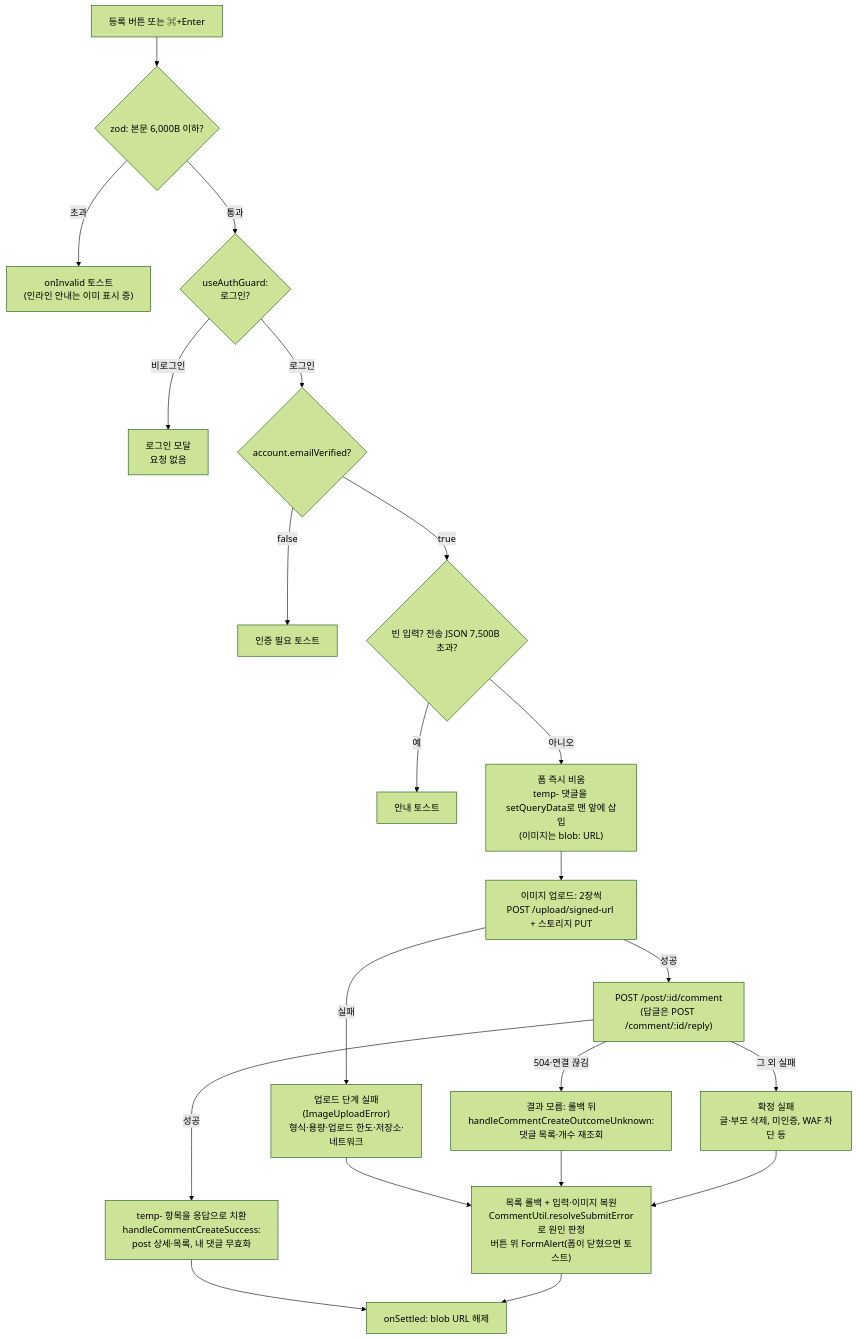
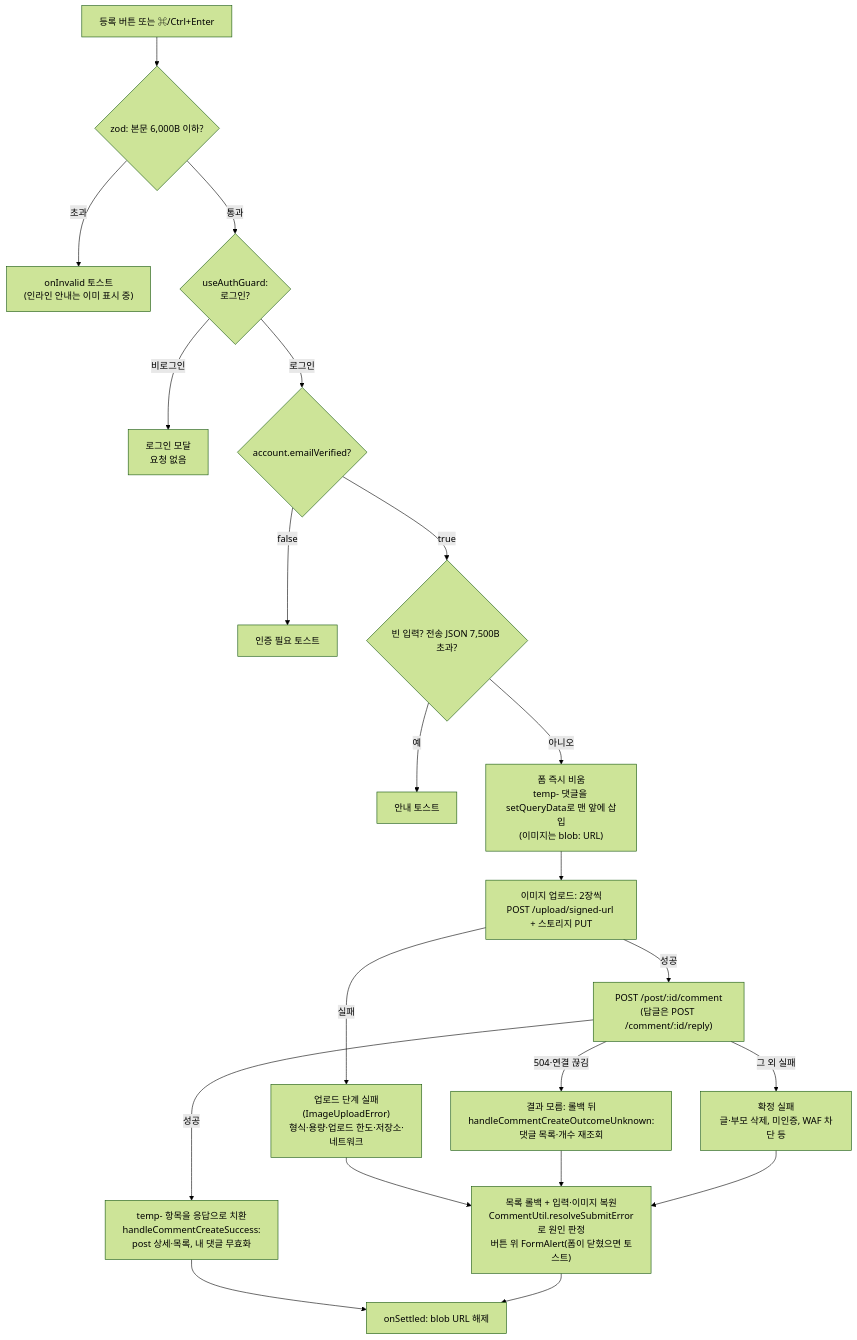
The diagram in docs/COMMENT.md (BAECHAN/link-sphere_FE_NEW), drawn with Mermaid (forest theme) before and after one commit. The commit also changed other lines of this file and 8 other files, not shown here.

````diff
--- a/docs/COMMENT.md
+++ b/docs/COMMENT.md
@@ -33,23 +33,23 @@
 ```mermaid
 flowchart TD
-  Click["등록 버튼 또는 ⌘+Enter"] --> Zod{"zod: 본문 6,000B 이하?"}
+  Click["등록 버튼 또는 ⌘/Ctrl+Enter"] --> Zod{"zod: 본문 6,000B 이하?"}
   Zod -->|"초과"| TooLong["onInvalid 토스트<br/>(인라인 안내는 이미 표시 중)"]
   Zod -->|"통과"| Guard{"useAuthGuard:<br/>로그인?"}
   Guard -->|"비로그인"| LoginModal["로그인 모달<br/>요청 없음"]
   Guard -->|"로그인"| Verified{"account.emailVerified?"}
   Verified -->|"false"| VerifyToast["인증 필요 토스트"]
   Verified -->|"true"| Payload{"빈 입력? 전송 JSON 7,500B 초과?"}
   Payload -->|"예"| PayloadToast["안내 토스트"]
   Payload -->|"아니오"| Optimistic["폼 즉시 비움<br/>temp- 댓글을 setQueryData로 맨 앞에 삽입<br/>(이미지는 blob: URL)"]
   Optimistic --> Upload["이미지 업로드: 2장씩<br/>POST /upload/signed-url + 스토리지 PUT"]
   Upload -->|"실패"| UploadFail["업로드 단계 실패(ImageUploadError)<br/>형식·용량·업로드 한도·저장소·네트워크"]
   Upload -->|"성공"| Post["POST /post/:id/comment<br/>(답글은 POST /comment/:id/reply)"]
   Post -->|"성공"| Replace["temp- 항목을 응답으로 치환<br/>handleCommentCreateSuccess:<br/>post 상세·목록, 내 댓글 무효화"]
   Post -->|"504·연결 끊김"| Unknown["결과 모름: 롤백 뒤<br/>handleCommentCreateOutcomeUnknown:<br/>댓글 목록·개수 재조회"]
   Post -->|"그 외 실패"| Settled["확정 실패<br/>글·부모 삭제, 미인증, WAF 차단 등"]
   UploadFail --> Rollback["목록 롤백 + 입력·이미지 복원<br/>CommentUtil.resolveSubmitError로 원인 판정<br/>버튼 위 FormAlert(폼이 닫혔으면 토스트)"]
   Unknown --> Rollback
   Settled --> Rollback
   Replace --> Revoke["onSettled: blob URL 해제"]
   Rollback --> Revoke
 ```
````
